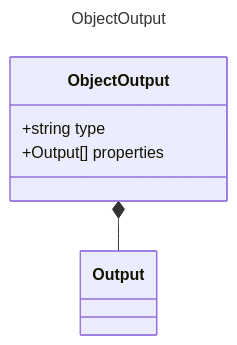
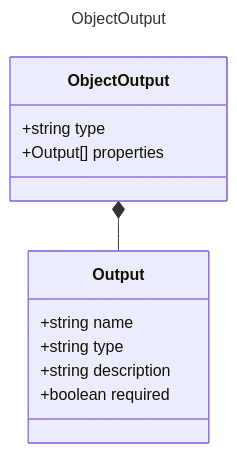
Before and after one commit to microsoft/prompty: the diagram in specification/prompty/docs/ObjectOutput.md, drawn with Mermaid. The commit also changed 14 other files, not shown here.

````diff
--- a/specification/prompty/docs/ObjectOutput.md
+++ b/specification/prompty/docs/ObjectOutput.md
@@ -8,11 +8,17 @@
 ```mermaid
 ---
 title: ObjectOutput
 ---
 classDiagram
+    class Output {
+        +string name
+        +string type
+        +string description
+        +boolean required
+    }
     class ObjectOutput {
         +string type
         +Output[] properties
     }
     ObjectOutput *-- Output
 ```
````
